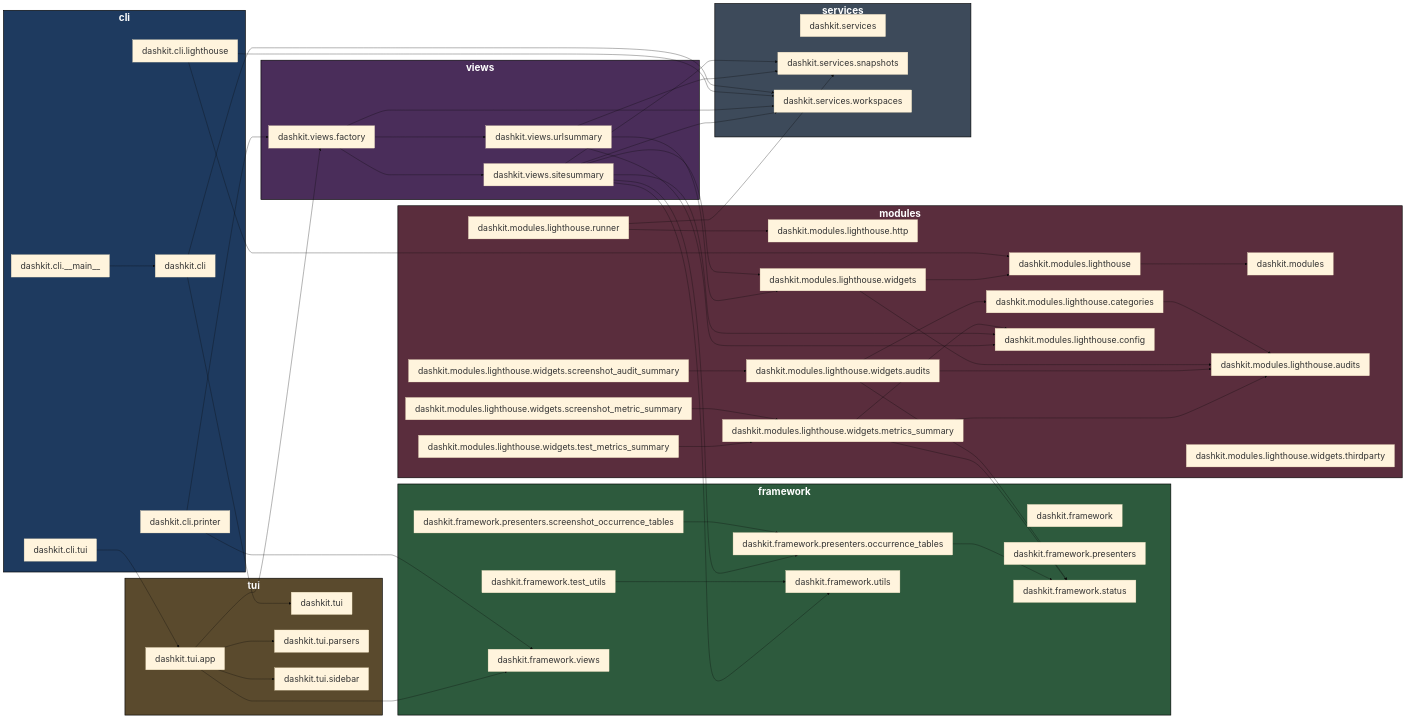
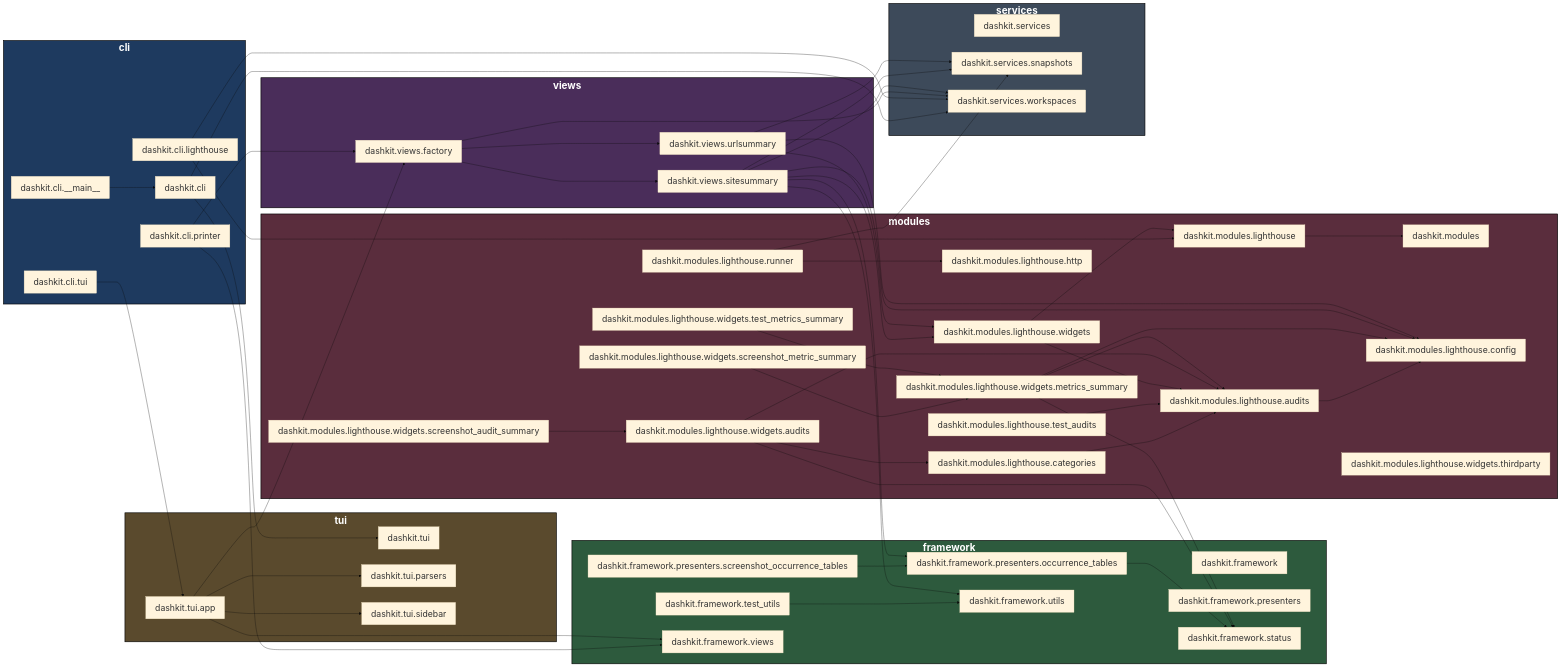
One commit to oct-cr/web-audit-tool changed the diagram in docs/arch-code-diagram.mmd. Above: the diagram before and after it, drawn with Mermaid (base theme). The commit also changed 4 other files, not shown here.

Commit message:
sort Performance Audits by Metric Saving

```diff
--- a/docs/arch-code-diagram.mmd
+++ b/docs/arch-code-diagram.mmd
@@ -1,109 +1,112 @@
 flowchart LR
 %% Auto-generated from code (utils/gen_arch_diagram.py)
 
 subgraph cli["<b style='font-size:32px'>cli</b>"]
   style cli fill:#1e3a5f,color:#fff,stroke:#000,stroke-width:2px
   dashkit_cli["dashkit.cli"]
   dashkit_cli___main__["dashkit.cli.__main__"]
   dashkit_cli_lighthouse["dashkit.cli.lighthouse"]
   dashkit_cli_printer["dashkit.cli.printer"]
   dashkit_cli_tui["dashkit.cli.tui"]
 end
 
 subgraph framework["<b style='font-size:32px'>framework</b>"]
   style framework fill:#2d5a3d,color:#fff,stroke:#000,stroke-width:2px
   dashkit_framework["dashkit.framework"]
   dashkit_framework_presenters["dashkit.framework.presenters"]
   dashkit_framework_presenters_occurrence_tables["dashkit.framework.presenters.occurrence_tables"]
   dashkit_framework_presenters_screenshot_occurrence_tables["dashkit.framework.presenters.screenshot_occurrence_tables"]
   dashkit_framework_status["dashkit.framework.status"]
   dashkit_framework_test_utils["dashkit.framework.test_utils"]
   dashkit_framework_utils["dashkit.framework.utils"]
   dashkit_framework_views["dashkit.framework.views"]
 end
 
 subgraph modules["<b style='font-size:32px'>modules</b>"]
   style modules fill:#5a2d3d,color:#fff,stroke:#000,stroke-width:2px
   dashkit_modules["dashkit.modules"]
   dashkit_modules_lighthouse["dashkit.modules.lighthouse"]
   dashkit_modules_lighthouse_audits["dashkit.modules.lighthouse.audits"]
   dashkit_modules_lighthouse_categories["dashkit.modules.lighthouse.categories"]
   dashkit_modules_lighthouse_config["dashkit.modules.lighthouse.config"]
   dashkit_modules_lighthouse_http["dashkit.modules.lighthouse.http"]
   dashkit_modules_lighthouse_runner["dashkit.modules.lighthouse.runner"]
+  dashkit_modules_lighthouse_test_audits["dashkit.modules.lighthouse.test_audits"]
   dashkit_modules_lighthouse_widgets["dashkit.modules.lighthouse.widgets"]
   dashkit_modules_lighthouse_widgets_audits["dashkit.modules.lighthouse.widgets.audits"]
   dashkit_modules_lighthouse_widgets_metrics_summary["dashkit.modules.lighthouse.widgets.metrics_summary"]
   dashkit_modules_lighthouse_widgets_screenshot_audit_summary["dashkit.modules.lighthouse.widgets.screenshot_audit_summary"]
   dashkit_modules_lighthouse_widgets_screenshot_metric_summary["dashkit.modules.lighthouse.widgets.screenshot_metric_summary"]
   dashkit_modules_lighthouse_widgets_test_metrics_summary["dashkit.modules.lighthouse.widgets.test_metrics_summary"]
   dashkit_modules_lighthouse_widgets_thirdparty["dashkit.modules.lighthouse.widgets.thirdparty"]
 end
 
 subgraph services["<b style='font-size:32px'>services</b>"]
   style services fill:#3d4a5a,color:#fff,stroke:#000,stroke-width:2px
   dashkit_services["dashkit.services"]
   dashkit_services_snapshots["dashkit.services.snapshots"]
   dashkit_services_workspaces["dashkit.services.workspaces"]
 end
 
 subgraph tui["<b style='font-size:32px'>tui</b>"]
   style tui fill:#5a4a2d,color:#fff,stroke:#000,stroke-width:2px
   dashkit_tui["dashkit.tui"]
   dashkit_tui_app["dashkit.tui.app"]
   dashkit_tui_parsers["dashkit.tui.parsers"]
   dashkit_tui_sidebar["dashkit.tui.sidebar"]
 end
 
 subgraph views["<b style='font-size:32px'>views</b>"]
   style views fill:#4a2d5a,color:#fff,stroke:#000,stroke-width:2px
   dashkit_views_factory["dashkit.views.factory"]
   dashkit_views_sitesummary["dashkit.views.sitesummary"]
   dashkit_views_urlsummary["dashkit.views.urlsummary"]
 end
 
 dashkit_cli --> dashkit_services_workspaces
 dashkit_cli --> dashkit_tui
 dashkit_cli___main__ --> dashkit_cli
 dashkit_cli_lighthouse --> dashkit_modules_lighthouse
 dashkit_cli_lighthouse --> dashkit_services_workspaces
 dashkit_cli_printer --> dashkit_framework_views
 dashkit_cli_printer --> dashkit_views_factory
 dashkit_cli_tui --> dashkit_tui_app
 dashkit_framework_presenters_occurrence_tables --> dashkit_framework_status
 dashkit_framework_presenters_screenshot_occurrence_tables --> dashkit_framework_presenters_occurrence_tables
 dashkit_framework_test_utils --> dashkit_framework_utils
 dashkit_modules_lighthouse --> dashkit_modules
+dashkit_modules_lighthouse_audits --> dashkit_modules_lighthouse_config
 dashkit_modules_lighthouse_categories --> dashkit_modules_lighthouse_audits
 dashkit_modules_lighthouse_runner --> dashkit_modules_lighthouse_http
 dashkit_modules_lighthouse_runner --> dashkit_services_snapshots
+dashkit_modules_lighthouse_test_audits --> dashkit_modules_lighthouse_audits
 dashkit_modules_lighthouse_widgets --> dashkit_modules_lighthouse
 dashkit_modules_lighthouse_widgets --> dashkit_modules_lighthouse_audits
 dashkit_modules_lighthouse_widgets_audits --> dashkit_framework_status
 dashkit_modules_lighthouse_widgets_audits --> dashkit_modules_lighthouse_audits
 dashkit_modules_lighthouse_widgets_audits --> dashkit_modules_lighthouse_categories
 dashkit_modules_lighthouse_widgets_metrics_summary --> dashkit_framework_status
 dashkit_modules_lighthouse_widgets_metrics_summary --> dashkit_modules_lighthouse_audits
 dashkit_modules_lighthouse_widgets_metrics_summary --> dashkit_modules_lighthouse_config
 dashkit_modules_lighthouse_widgets_screenshot_audit_summary --> dashkit_modules_lighthouse_widgets_audits
 dashkit_modules_lighthouse_widgets_screenshot_metric_summary --> dashkit_modules_lighthouse_widgets_metrics_summary
 dashkit_modules_lighthouse_widgets_test_metrics_summary --> dashkit_modules_lighthouse_widgets_metrics_summary
 dashkit_tui_app --> dashkit_framework_views
 dashkit_tui_app --> dashkit_tui_parsers
 dashkit_tui_app --> dashkit_tui_sidebar
 dashkit_tui_app --> dashkit_views_factory
 dashkit_views_factory --> dashkit_services_workspaces
 dashkit_views_factory --> dashkit_views_sitesummary
 dashkit_views_factory --> dashkit_views_urlsummary
 dashkit_views_sitesummary --> dashkit_framework_presenters_occurrence_tables
 dashkit_views_sitesummary --> dashkit_framework_utils
 dashkit_views_sitesummary --> dashkit_modules_lighthouse_config
 dashkit_views_sitesummary --> dashkit_modules_lighthouse_widgets
 dashkit_views_sitesummary --> dashkit_services_snapshots
 dashkit_views_sitesummary --> dashkit_services_workspaces
 dashkit_views_urlsummary --> dashkit_modules_lighthouse_config
 dashkit_views_urlsummary --> dashkit_modules_lighthouse_widgets
 dashkit_views_urlsummary --> dashkit_services_snapshots
 
 classDef nodeClass font-size:28px;
-class dashkit_framework_test_utils,dashkit_framework,dashkit_framework_utils,dashkit_framework_views,dashkit_framework_status,dashkit_tui_sidebar,dashkit_tui,dashkit_tui_parsers,dashkit_tui_app,dashkit_cli,dashkit_cli_tui,dashkit_cli_lighthouse,dashkit_cli_printer,dashkit_cli___main__,dashkit_modules,dashkit_views_sitesummary,dashkit_views_factory,dashkit_views_urlsummary,dashkit_services_snapshots,dashkit_services,dashkit_services_workspaces,dashkit_modules_lighthouse_audits,dashkit_modules_lighthouse_runner,dashkit_modules_lighthouse_config,dashkit_modules_lighthouse_categories,dashkit_modules_lighthouse,dashkit_modules_lighthouse_http,dashkit_modules_lighthouse_widgets_audits,dashkit_modules_lighthouse_widgets_screenshot_audit_summary,dashkit_modules_lighthouse_widgets,dashkit_modules_lighthouse_widgets_metrics_summary,dashkit_modules_lighthouse_widgets_screenshot_metric_summary,dashkit_modules_lighthouse_widgets_test_metrics_summary,dashkit_modules_lighthouse_widgets_thirdparty,dashkit_framework_presenters_screenshot_occurrence_tables,dashkit_framework_presenters,dashkit_framework_presenters_occurrence_tables nodeClass;
+class dashkit_framework_test_utils,dashkit_framework,dashkit_framework_utils,dashkit_framework_views,dashkit_framework_status,dashkit_tui_sidebar,dashkit_tui,dashkit_tui_parsers,dashkit_tui_app,dashkit_cli,dashkit_cli_tui,dashkit_cli_lighthouse,dashkit_cli_printer,dashkit_cli___main__,dashkit_modules,dashkit_views_sitesummary,dashkit_views_factory,dashkit_views_urlsummary,dashkit_services_snapshots,dashkit_services,dashkit_services_workspaces,dashkit_modules_lighthouse_audits,dashkit_modules_lighthouse_runner,dashkit_modules_lighthouse_config,dashkit_modules_lighthouse_categories,dashkit_modules_lighthouse,dashkit_modules_lighthouse_test_audits,dashkit_modules_lighthouse_http,dashkit_modules_lighthouse_widgets_audits,dashkit_modules_lighthouse_widgets_screenshot_audit_summary,dashkit_modules_lighthouse_widgets,dashkit_modules_lighthouse_widgets_metrics_summary,dashkit_modules_lighthouse_widgets_screenshot_metric_summary,dashkit_modules_lighthouse_widgets_test_metrics_summary,dashkit_modules_lighthouse_widgets_thirdparty,dashkit_framework_presenters_screenshot_occurrence_tables,dashkit_framework_presenters,dashkit_framework_presenters_occurrence_tables nodeClass;
```
